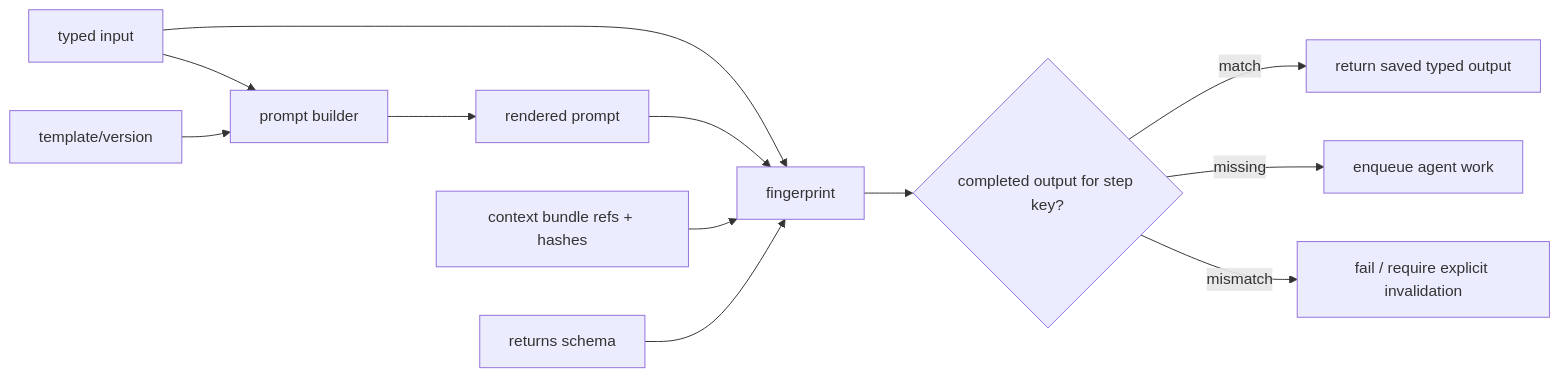
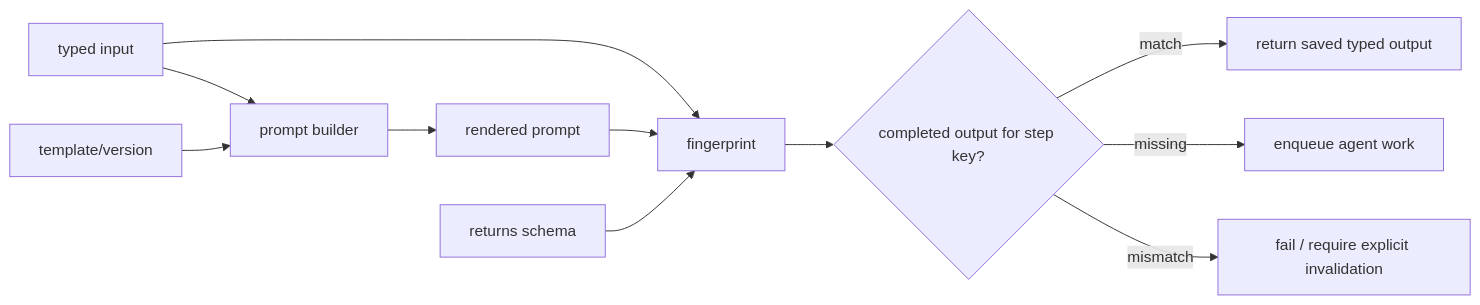
Before and after one commit to skylarbpayne/hermes-workflows: the fifth of 13 diagrams in docs/plans/2026-06-12-agent-parallel-pipeline-api-visual-plan.md, drawn with Mermaid. The commit also changed other lines of this file and 9 other files, not shown here.

````diff
--- a/docs/plans/2026-06-12-agent-parallel-pipeline-api-visual-plan.md
+++ b/docs/plans/2026-06-12-agent-parallel-pipeline-api-visual-plan.md
@@ -238,14 +238,13 @@
 ```mermaid
 flowchart LR
     I["typed input"] --> B["prompt builder"]
     T["template/version"] --> B
     B --> P["rendered prompt"]
     I --> F["fingerprint"]
     P --> F
-    C["context bundle refs + hashes"] --> F
     R["returns schema"] --> F
     F --> M{"completed output for step key?"}
     M -->|"match"| O["return saved typed output"]
     M -->|"missing"| Q["enqueue agent work"]
     M -->|"mismatch"| X["fail / require explicit invalidation"]
 ```
````
